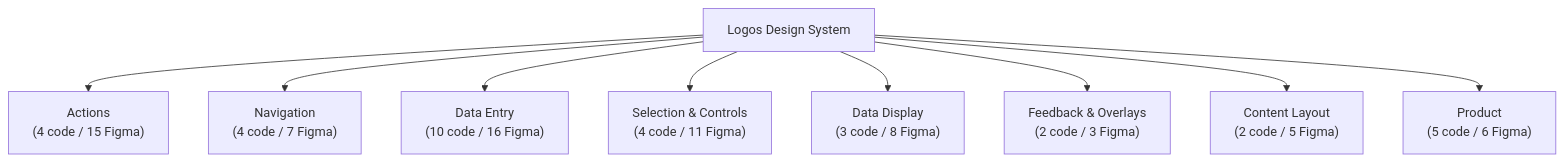
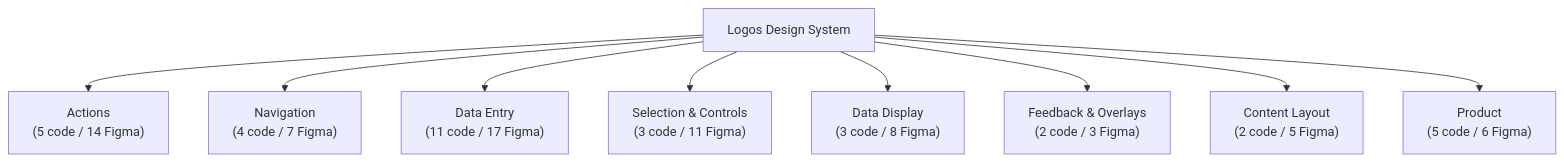
The second of 2 diagrams in inventory/docs/08-taxonomy.md (calebn/design-system-theme-evolution), drawn with Mermaid before and after one commit. The commit also changed other lines of this file and 12 other files, not shown here.

````diff
--- a/inventory/docs/08-taxonomy.md
+++ b/inventory/docs/08-taxonomy.md
@@ -63,12 +64,12 @@
 ```mermaid
 graph TD
   DesignSystem["Logos Design System"]
-  DesignSystem --> actions["Actions\n(4 code / 15 Figma)"]
+  DesignSystem --> actions["Actions\n(5 code / 14 Figma)"]
   DesignSystem --> navigation["Navigation\n(4 code / 7 Figma)"]
-  DesignSystem --> data_entry["Data Entry\n(10 code / 16 Figma)"]
-  DesignSystem --> selection["Selection & Controls\n(4 code / 11 Figma)"]
+  DesignSystem --> data_entry["Data Entry\n(11 code / 17 Figma)"]
+  DesignSystem --> selection["Selection & Controls\n(3 code / 11 Figma)"]
   DesignSystem --> data_display["Data Display\n(3 code / 8 Figma)"]
   DesignSystem --> feedback["Feedback & Overlays\n(2 code / 3 Figma)"]
   DesignSystem --> content_layout["Content Layout\n(2 code / 5 Figma)"]
   DesignSystem --> product["Product\n(5 code / 6 Figma)"]
 ```
````
